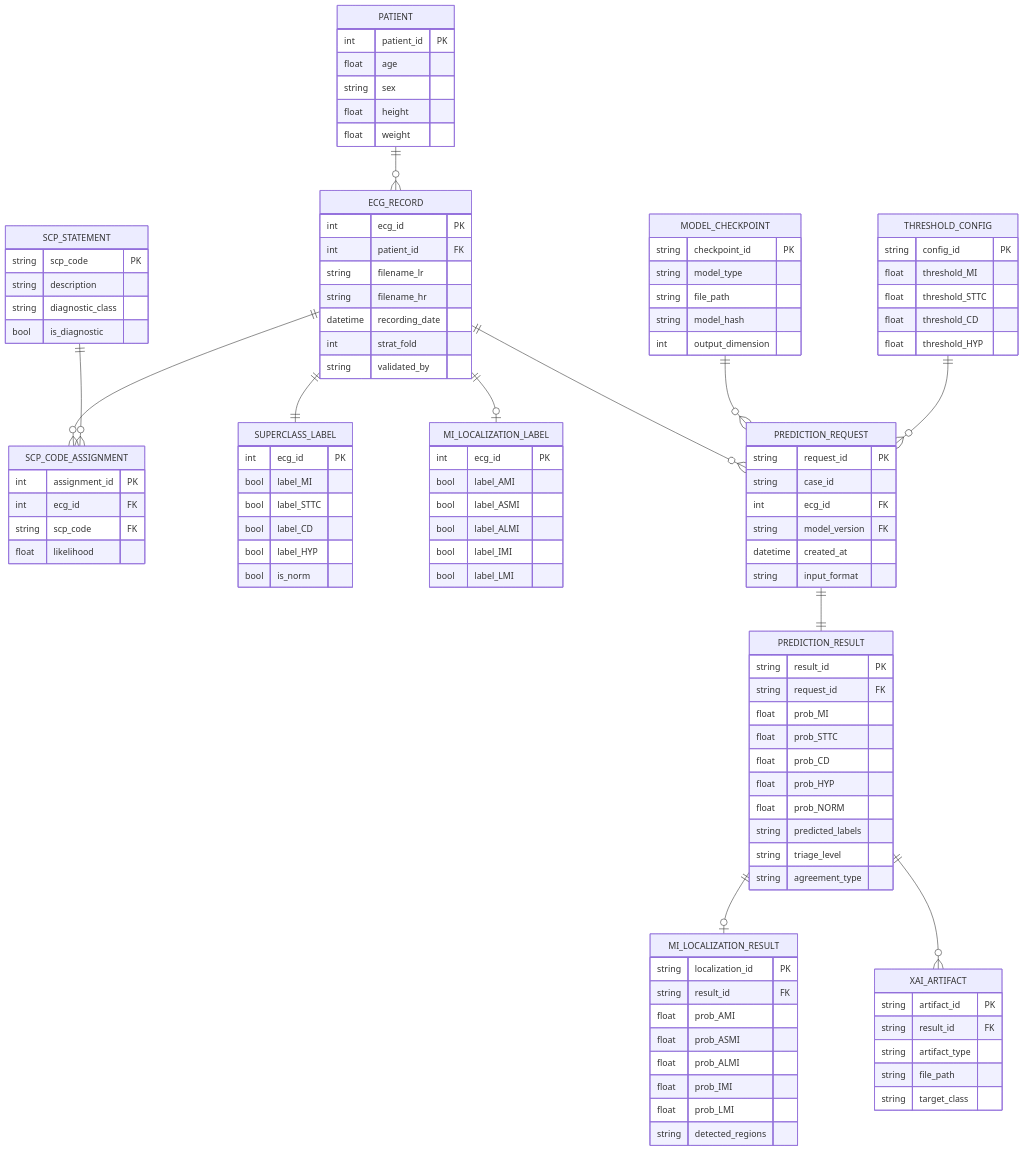
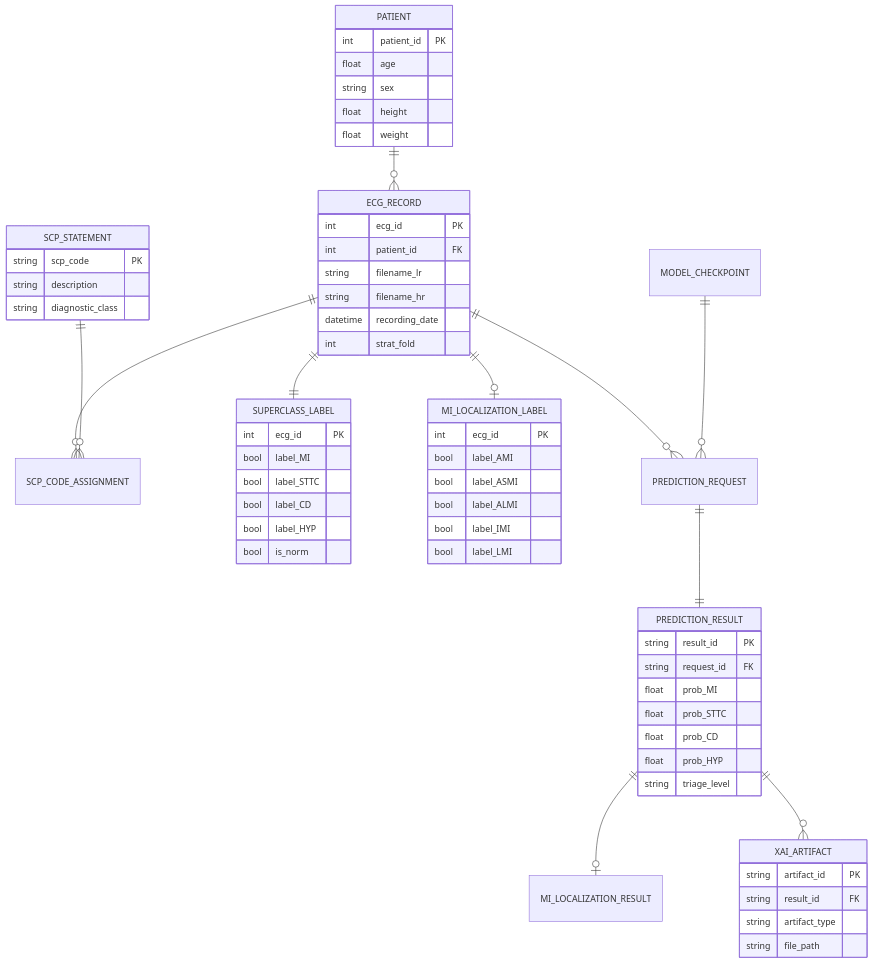
Before and after one commit to mUsaulug/CardioGuard-AI: the diagram in docs/diagrams/04_erd_diagram.md, drawn with Mermaid. The commit also changed other lines of this file and 5 other files, not shown here.

````diff
--- a/docs/diagrams/04_erd_diagram.md
+++ b/docs/diagrams/04_erd_diagram.md
@@ -35,7 +41,6 @@
     PREDICTION_RESULT ||--o| MI_LOCALIZATION_RESULT : ""
     PREDICTION_RESULT ||--o{ XAI_ARTIFACT : ""
     MODEL_CHECKPOINT ||--o{ PREDICTION_REQUEST : ""
-    THRESHOLD_CONFIG ||--o{ PREDICTION_REQUEST : ""
     
     PATIENT {
         int patient_id PK
@@ -52,21 +57,12 @@
         string filename_hr
         datetime recording_date
         int strat_fold
-        string validated_by
     }
     
     SCP_STATEMENT {
         string scp_code PK
         string description
         string diagnostic_class
-        bool is_diagnostic
-    }
-    
-    SCP_CODE_ASSIGNMENT {
-        int assignment_id PK
-        int ecg_id FK
-        string scp_code FK
-        float likelihood
     }
     
     SUPERCLASS_LABEL {
@@ -87,15 +83,6 @@
         bool label_LMI
     }
     
-    PREDICTION_REQUEST {
-        string request_id PK
-        string case_id
-        int ecg_id FK
-        string model_version FK
-        datetime created_at
-        string input_format
-    }
-    
     PREDICTION_RESULT {
         string result_id PK
         string request_id FK
@@ -103,21 +90,7 @@
         float prob_STTC
         float prob_CD
         float prob_HYP
-        float prob_NORM
-        string predicted_labels
         string triage_level
-        string agreement_type
-    }
-    
-    MI_LOCALIZATION_RESULT {
-        string localization_id PK
-        string result_id FK
-        float prob_AMI
-        float prob_ASMI
-        float prob_ALMI
-        float prob_IMI
-        float prob_LMI
-        string detected_regions
     }
     
     XAI_ARTIFACT {
@@ -125,22 +98,5 @@
         string result_id FK
         string artifact_type
         string file_path
-        string target_class
-    }
-    
-    MODEL_CHECKPOINT {
-        string checkpoint_id PK
-        string model_type
-        string file_path
-        string model_hash
-        int output_dimension
-    }
-    
-    THRESHOLD_CONFIG {
-        string config_id PK
-        float threshold_MI
-        float threshold_STTC
-        float threshold_CD
-        float threshold_HYP
     }
 ```
````
